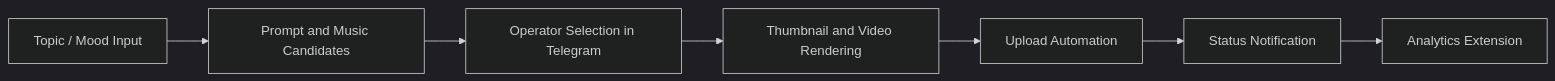
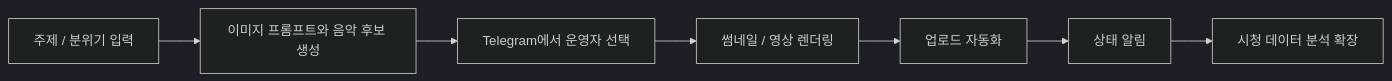
The diagram in docs/youtube-automation-system.md (arnold6444/reprise-project-summaries), drawn with Mermaid (dark theme) before and after one commit. The commit also changed other lines of this file and 3 other files, not shown here.

````diff
--- a/docs/youtube-automation-system.md
+++ b/docs/youtube-automation-system.md
@@ -17,9 +21,9 @@
 ```mermaid
 flowchart LR
-    A[Topic / Mood Input] --> B[Prompt and Music Candidates]
-    B --> C[Operator Selection in Telegram]
-    C --> D[Thumbnail and Video Rendering]
-    D --> E[Upload Automation]
-    E --> F[Status Notification]
-    F --> G[Analytics Extension]
+    A[주제 / 분위기 입력] --> B[이미지 프롬프트와 음악 후보 생성]
+    B --> C[Telegram에서 운영자 선택]
+    C --> D[썸네일 / 영상 렌더링]
+    D --> E[업로드 자동화]
+    E --> F[상태 알림]
+    F --> G[시청 데이터 분석 확장]
 ```
````
